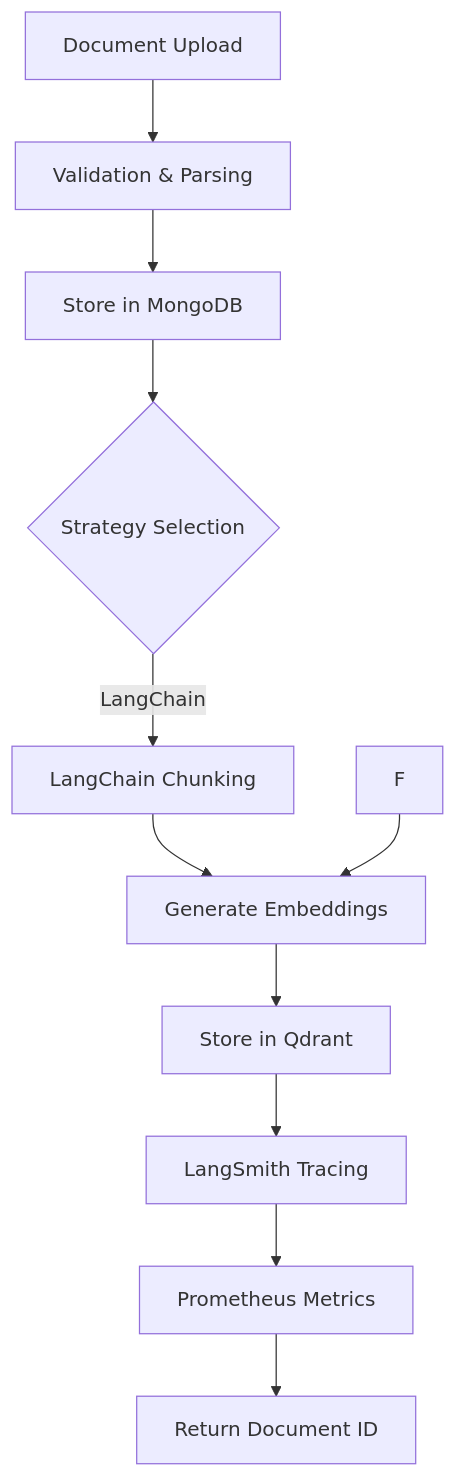
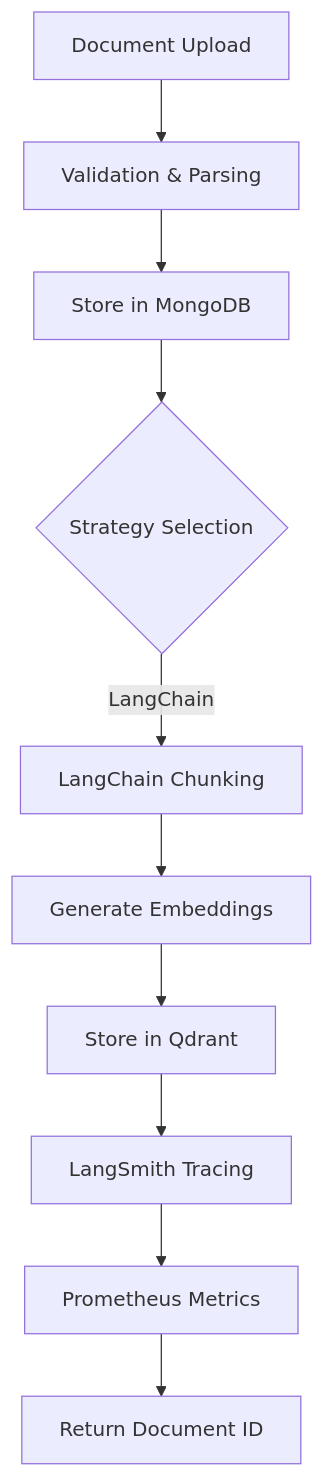
Before and after one commit to l-handled/llm-inference: the second of 2 diagrams in README.md, drawn with Mermaid.

````diff
--- a/README.md
+++ b/README.md
@@ -233,13 +233,12 @@
 ```mermaid
 graph TD
     A[Document Upload] --> B[Validation & Parsing]
     B --> C[Store in MongoDB]
     C --> D{Strategy Selection}
     D -->|LangChain| E[LangChain Chunking]
     E --> G[Generate Embeddings]
-    F --> G
     G --> H[Store in Qdrant]
     H --> I[LangSmith Tracing]
     I --> J[Prometheus Metrics]
     J --> K[Return Document ID]
 ```
````
